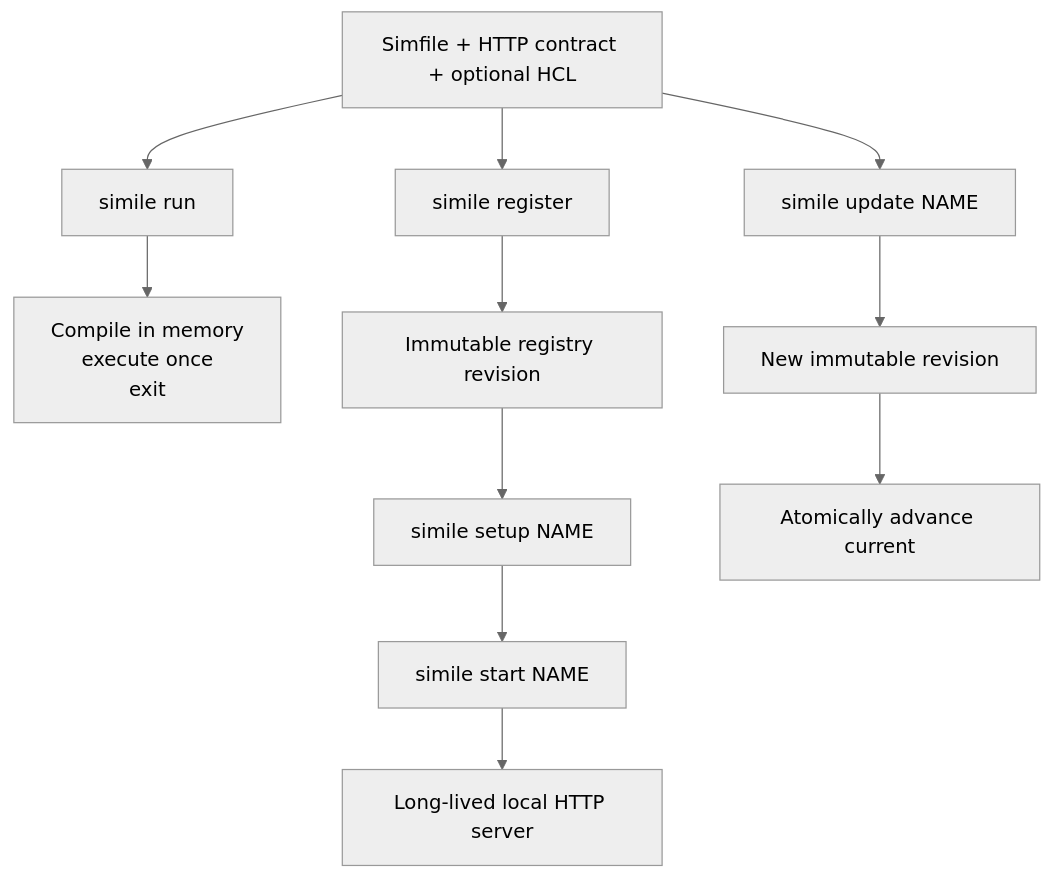
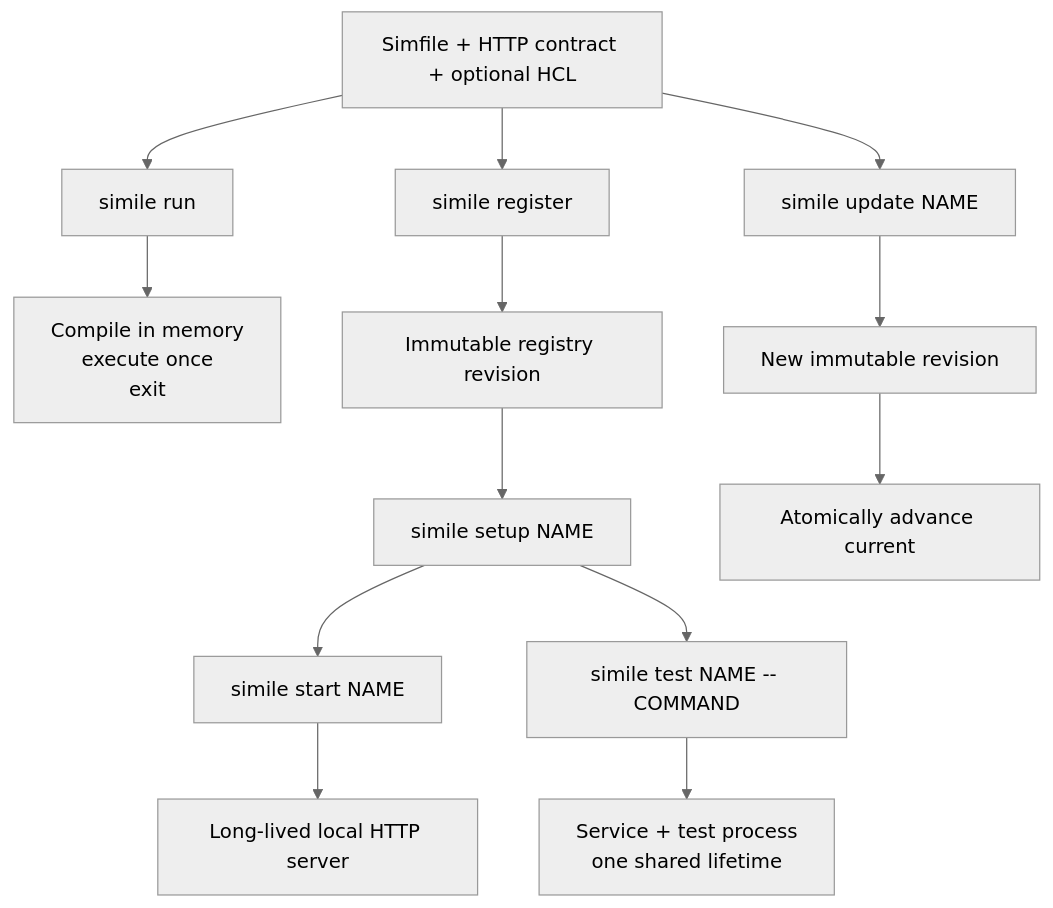
The diagram in docs/service-lifecycle.md (inttegro/simile), drawn with Mermaid (neutral theme) before and after one commit. The commit also changed other lines of this file and 11 other files, not shown here.

````diff
--- a/docs/service-lifecycle.md
+++ b/docs/service-lifecycle.md
@@ -10,14 +10,16 @@
 ```mermaid
 flowchart TD
   Sources[Simfile + HTTP contract + optional HCL]
   Sources --> Run[simile run]
   Run --> One[Compile in memory\nexecute once\nexit]
   Sources --> Register[simile register]
   Register --> Revision[Immutable registry revision]
   Revision --> Setup[simile setup NAME]
   Setup --> Start[simile start NAME]
   Start --> Server[Long-lived local HTTP server]
+  Setup --> Test[simile test NAME -- COMMAND]
+  Test --> Supervised[Service + test process\none shared lifetime]
   Sources --> Update[simile update NAME]
   Update --> NewRevision[New immutable revision]
   NewRevision --> Pointer[Atomically advance current]
 ```
````
